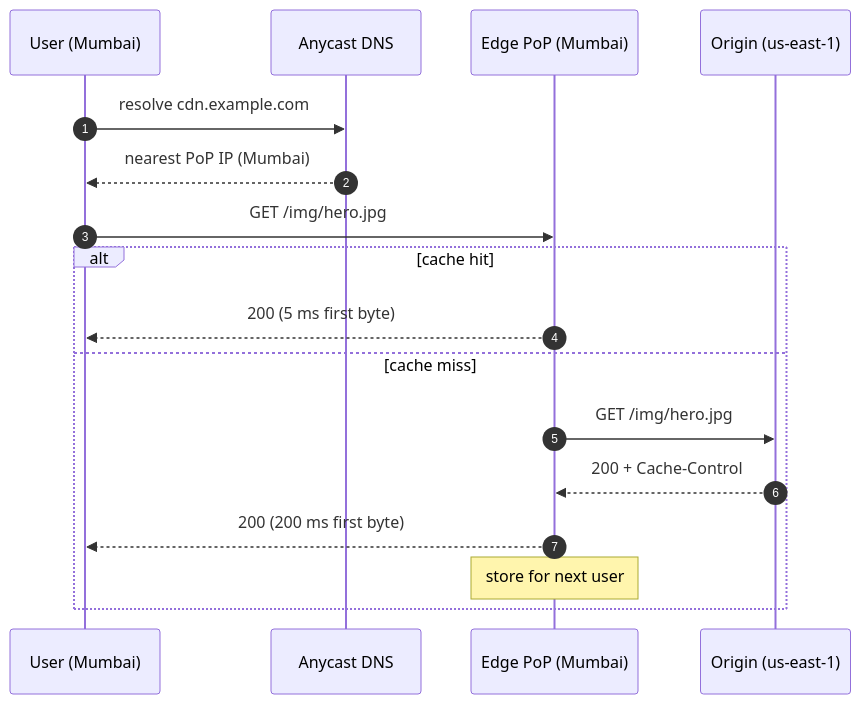
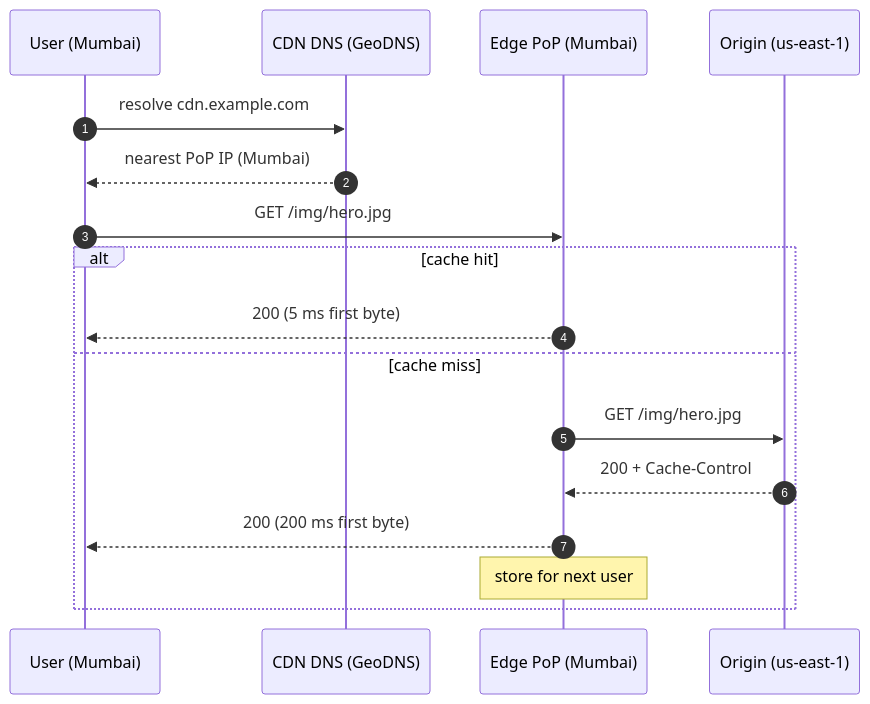
Before and after one commit to amanleloush/STACKTRACE: the diagram in src/content/notes/03-caching-redis/cdn-basics.mdx, drawn with Mermaid. The commit also changed other lines of this file and 258 other files, not shown here.

````diff
--- a/src/content/notes/03-caching-redis/cdn-basics.mdx
+++ b/src/content/notes/03-caching-redis/cdn-basics.mdx
@@ -20,19 +22,19 @@
 ```mermaid
 sequenceDiagram
     autonumber
     participant U as User (Mumbai)
-    participant DNS as Anycast DNS
+    participant DNS as CDN DNS (GeoDNS)
     participant POP as Edge PoP (Mumbai)
     participant ORG as Origin (us-east-1)
     U->>DNS: resolve cdn.example.com
     DNS-->>U: nearest PoP IP (Mumbai)
     U->>POP: GET /img/hero.jpg
     alt cache hit
         POP-->>U: 200 (5 ms first byte)
     else cache miss
         POP->>ORG: GET /img/hero.jpg
         ORG-->>POP: 200 + Cache-Control
         POP-->>U: 200 (200 ms first byte)
         Note over POP: store for next user
     end
 ```
````
